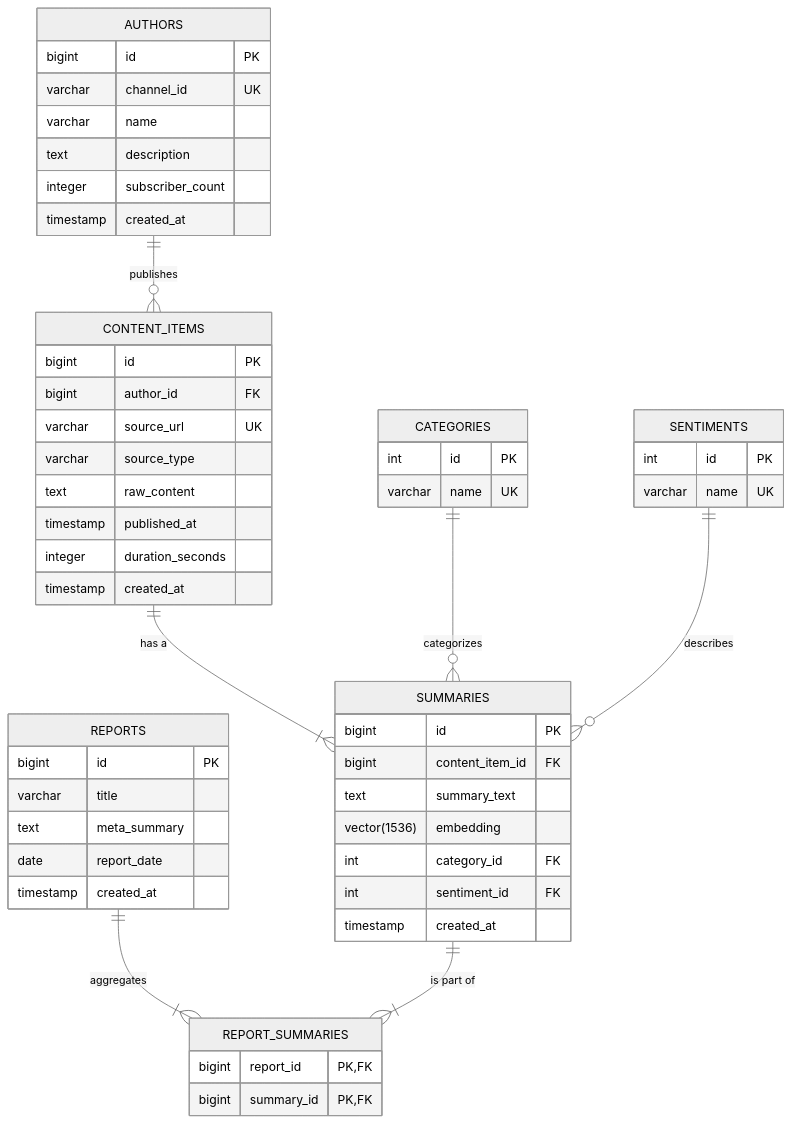
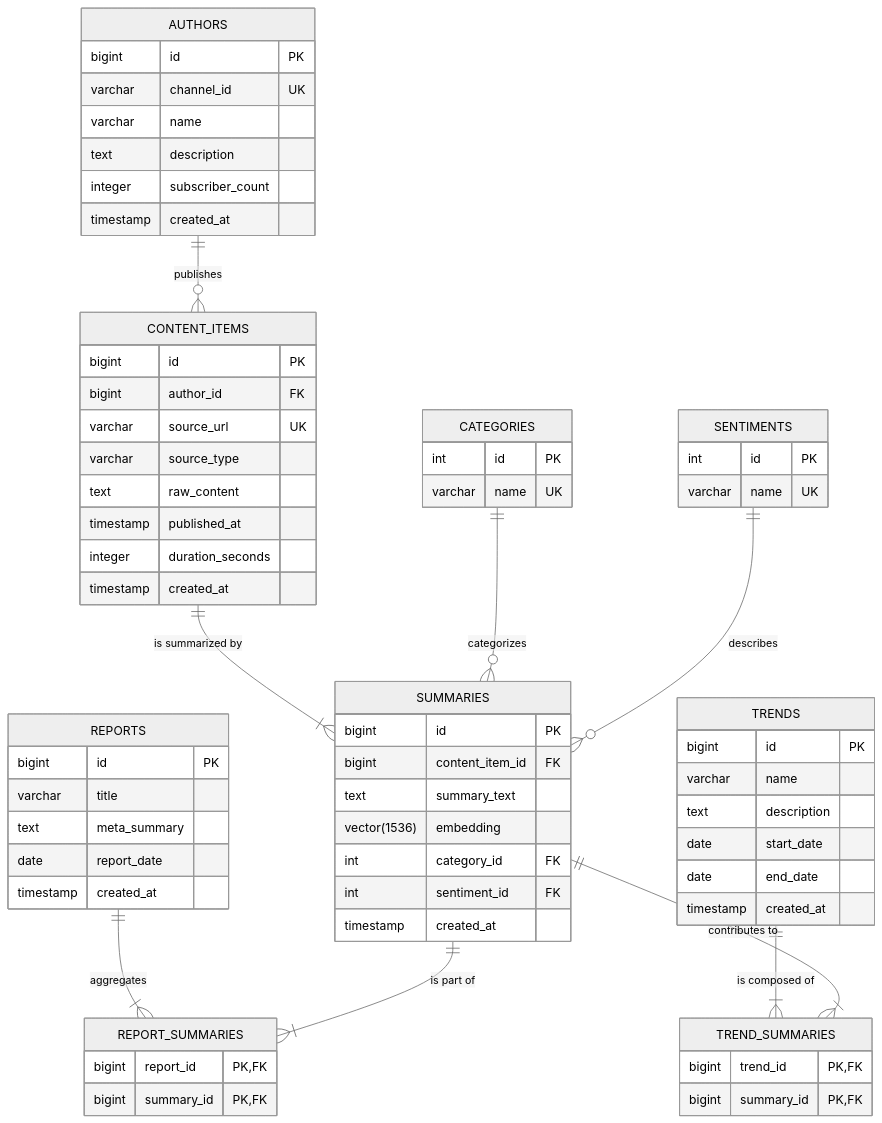
Before and after one commit to sjuresa/povzetkar: the diagram in src/main/docs/sdlc/04_database_design.md, drawn with Mermaid (neutral theme). The commit also changed other lines of this file and 2 other files, not shown here.

````diff
--- a/src/main/docs/sdlc/04_database_design.md
+++ b/src/main/docs/sdlc/04_database_design.md
@@ -14,62 +14,78 @@
 ```mermaid
 erDiagram
     AUTHORS ||--o{ CONTENT_ITEMS : "publishes"
-    CONTENT_ITEMS ||--|{ SUMMARIES : "has a"
+    CONTENT_ITEMS ||--|{ SUMMARIES : "is summarized by"
     CATEGORIES ||--o{ SUMMARIES : "categorizes"
     SENTIMENTS ||--o{ SUMMARIES : "describes"
     REPORTS ||--|{ REPORT_SUMMARIES : "aggregates"
     SUMMARIES ||--|{ REPORT_SUMMARIES : "is part of"
+    TRENDS ||--|{ TREND_SUMMARIES : "is composed of"
+    SUMMARIES ||--|{ TREND_SUMMARIES : "contributes to"
 
     AUTHORS {
         bigint id PK
         varchar channel_id UK
         varchar name
         text description
         integer subscriber_count
         timestamp created_at
     }
 
     CONTENT_ITEMS {
         bigint id PK
         bigint author_id FK
         varchar source_url UK
         varchar source_type
         text raw_content
         timestamp published_at
         integer duration_seconds
         timestamp created_at
     }
 
     SUMMARIES {
         bigint id PK
         bigint content_item_id FK
         text summary_text
         vector(1536) embedding
         int category_id FK
         int sentiment_id FK
         timestamp created_at
     }
     
     REPORTS {
         bigint id PK
         varchar title
         text meta_summary
         date report_date
         timestamp created_at
     }
     
     CATEGORIES {
         int id PK
         varchar name UK
     }
 
     REPORT_SUMMARIES {
         bigint report_id PK, FK
         bigint summary_id PK, FK
     }
     
     SENTIMENTS {
         int id PK
         varchar name UK
     }
+
+    TRENDS {
+        bigint id PK
+        varchar name
+        text description
+        date start_date
+        date end_date
+        timestamp created_at
+    }
+
+    TREND_SUMMARIES {
+        bigint trend_id PK, FK
+        bigint summary_id PK, FK
+    }
 ```
````
